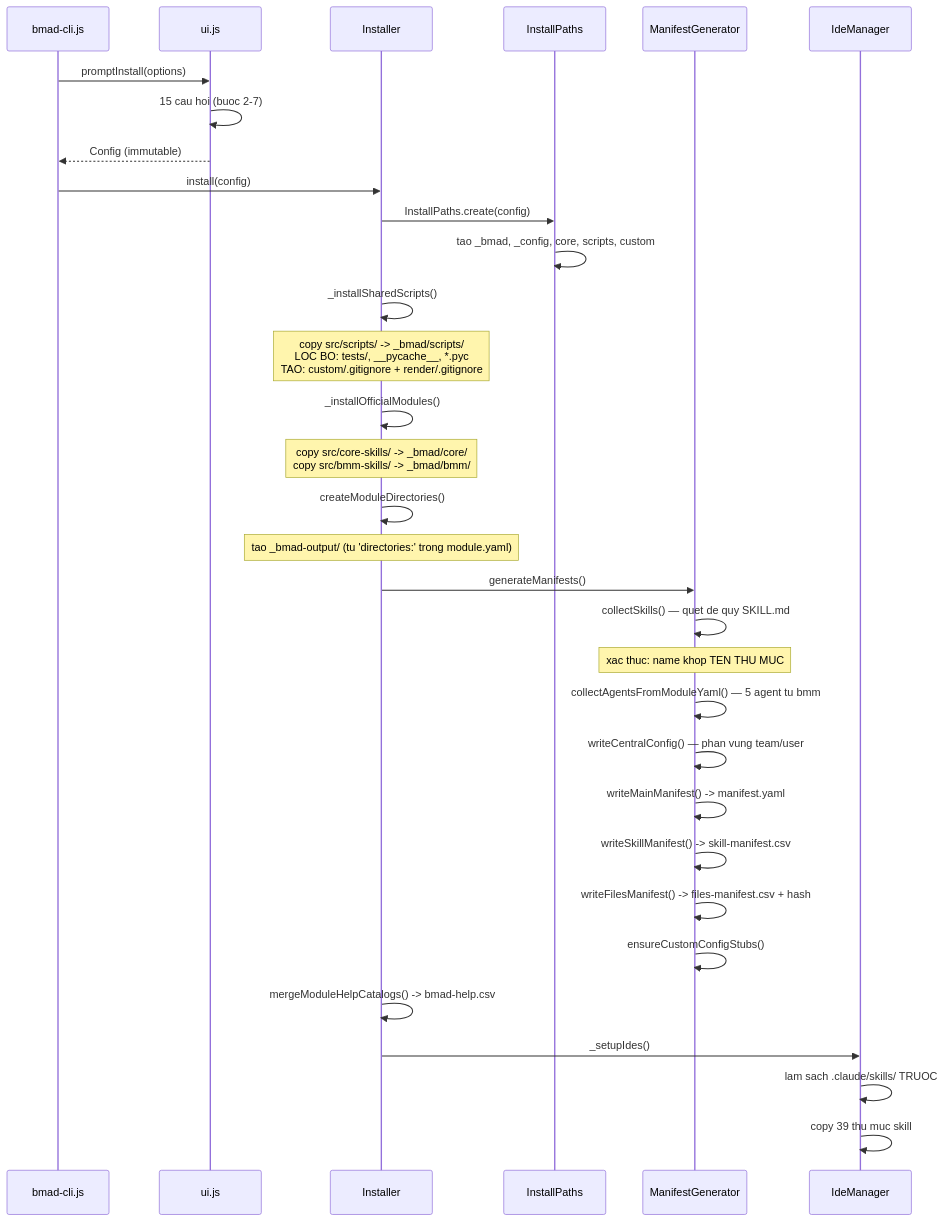
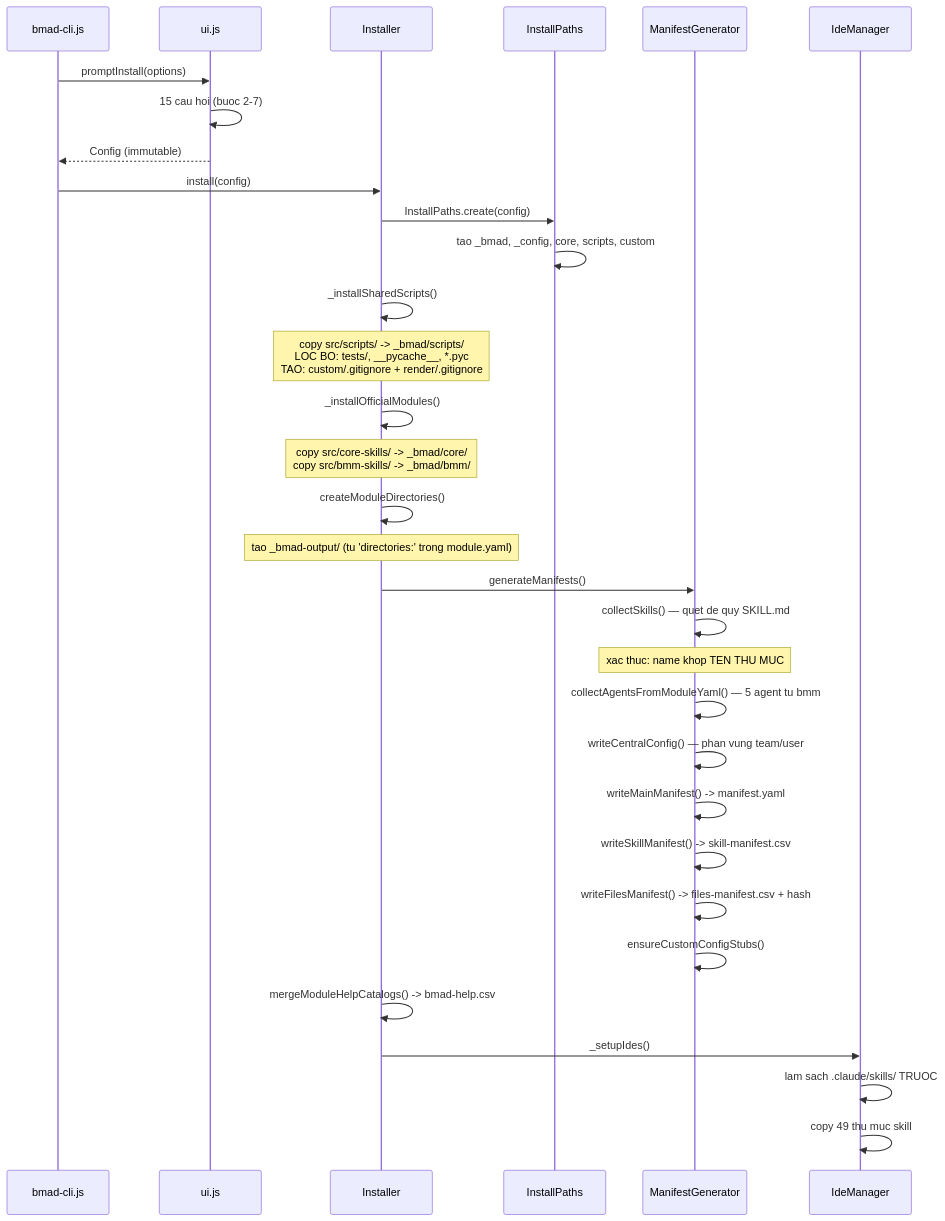
The diagram in demo/01-cai-dat.md (trannguyenthanhthao2024-art/bmad-method-v6), drawn with Mermaid before and after one commit. The commit also changed other lines of this file and 24 other files, not shown here.

````diff
--- a/demo/01-cai-dat.md
+++ b/demo/01-cai-dat.md
@@ -206,41 +206,41 @@
 ```mermaid
 sequenceDiagram
   participant CLI as bmad-cli.js
   participant UI as ui.js
   participant I as Installer
   participant P as InstallPaths
   participant MG as ManifestGenerator
   participant IDE as IdeManager
 
   CLI->>UI: promptInstall(options)
   UI->>UI: 15 cau hoi (buoc 2-7)
   UI-->>CLI: Config (immutable)
   CLI->>I: install(config)
 
   I->>P: InstallPaths.create(config)
   P->>P: tao _bmad, _config, core, scripts, custom
 
   I->>I: _installSharedScripts()
   Note over I: copy src/scripts/ -> _bmad/scripts/<br/>LOC BO: tests/, __pycache__, *.pyc<br/>TAO: custom/.gitignore + render/.gitignore
 
   I->>I: _installOfficialModules()
   Note over I: copy src/core-skills/ -> _bmad/core/<br/>copy src/bmm-skills/ -> _bmad/bmm/
 
   I->>I: createModuleDirectories()
   Note over I: tao _bmad-output/ (tu 'directories:' trong module.yaml)
 
   I->>MG: generateManifests()
   MG->>MG: collectSkills() — quet de quy SKILL.md
   Note over MG: xac thuc: name khop TEN THU MUC
   MG->>MG: collectAgentsFromModuleYaml() — 5 agent tu bmm
   MG->>MG: writeCentralConfig() — phan vung team/user
   MG->>MG: writeMainManifest() -> manifest.yaml
   MG->>MG: writeSkillManifest() -> skill-manifest.csv
   MG->>MG: writeFilesManifest() -> files-manifest.csv + hash
   MG->>MG: ensureCustomConfigStubs()
 
   I->>I: mergeModuleHelpCatalogs() -> bmad-help.csv
   I->>IDE: _setupIdes()
   IDE->>IDE: lam sach .claude/skills/ TRUOC
-  IDE->>IDE: copy 39 thu muc skill
+  IDE->>IDE: copy 49 thu muc skill
 ```
````
